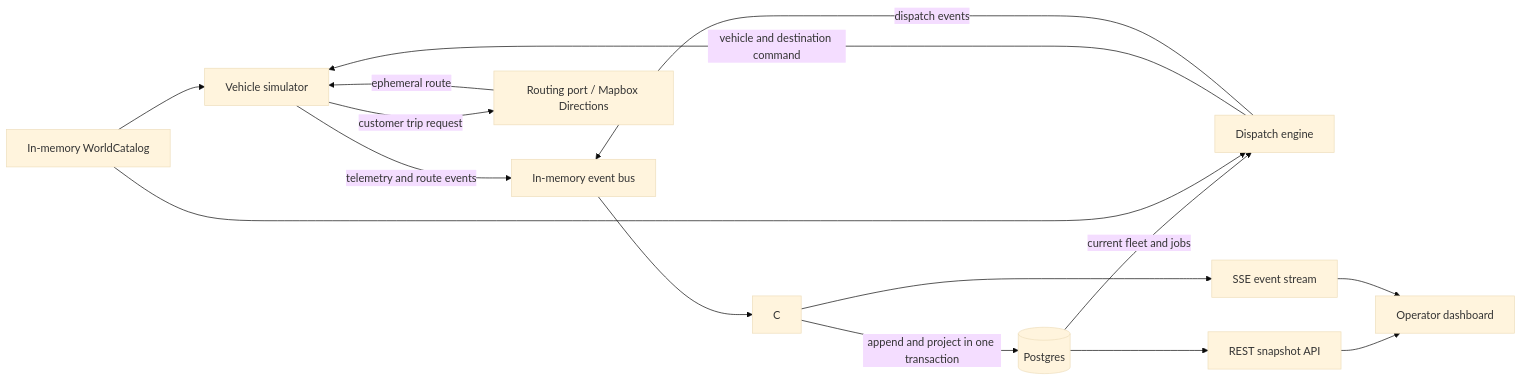
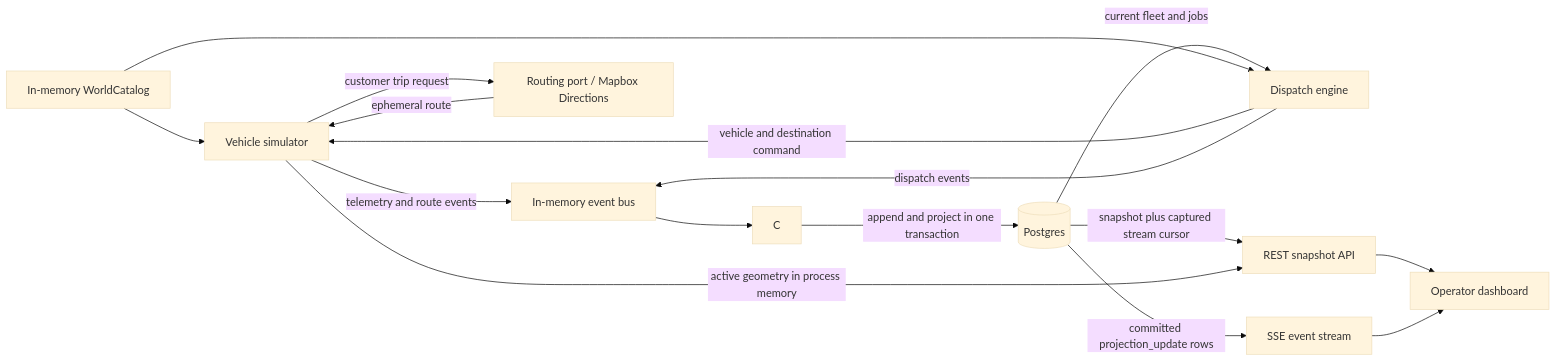
Before and after one commit to jeffywu/vay-fleet-radar: the diagram in plans/ARCHITECTURE.md, drawn with Mermaid (base theme). The commit also changed other lines of this file and 53 other files, not shown here.

````diff
--- a/plans/ARCHITECTURE.md
+++ b/plans/ARCHITECTURE.md
@@ -35,18 +35,19 @@
 ```mermaid
 flowchart LR
     S[Vehicle simulator] -->|telemetry and route events| M[In-memory event bus]
     M --> C
     C -->|append and project in one transaction| P[(Postgres)]
     P -->|current fleet and jobs| D[Dispatch engine]
     X[In-memory WorldCatalog] --> D
     X --> S
     D -->|vehicle and destination command| S
     S -->|customer trip request| R
     R -->|ephemeral route| S
     R[Routing port / Mapbox Directions]
     D -->|dispatch events| M
-    P --> A[REST snapshot API]
-    C --> E[SSE event stream]
+    P -->|snapshot plus captured stream cursor| A[REST snapshot API]
+    P -->|committed projection_update rows| E[SSE event stream]
+    S -->|active geometry in process memory| A
     A --> W[Operator dashboard]
     E --> W
 ```
````
